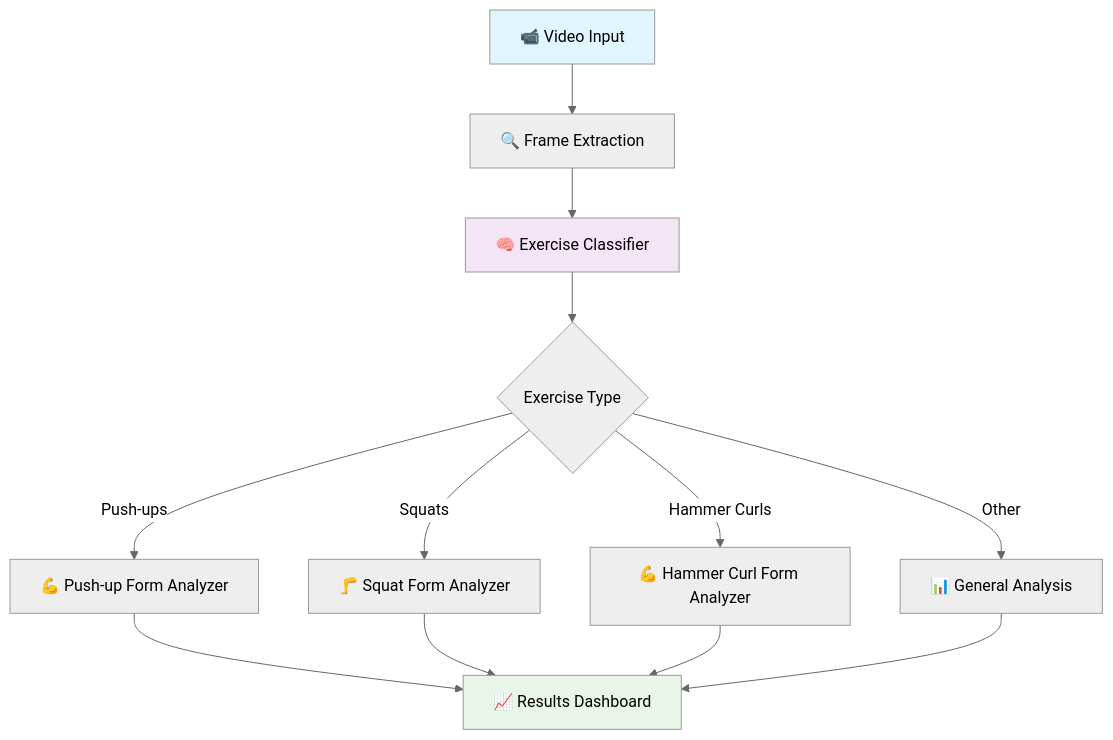
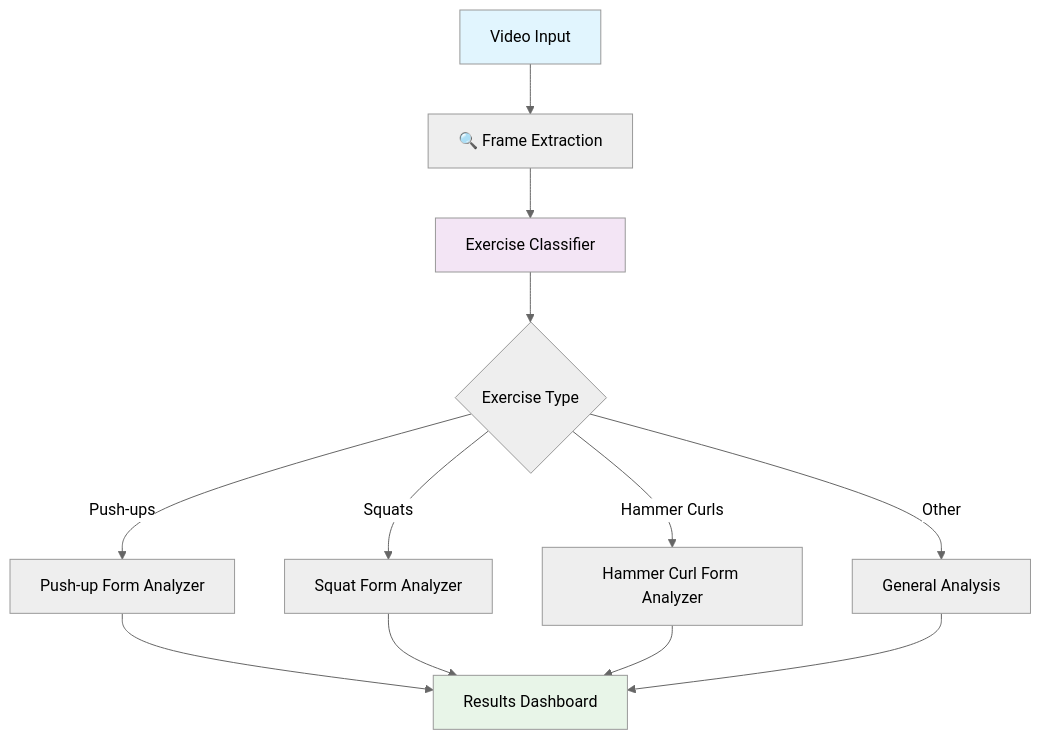
The first of 2 diagrams in README.md (1achraf1/I-COACH), drawn with Mermaid (neutral theme) before and after one commit. The commit also changed other lines of this file, not shown here.

````diff
--- a/README.md
+++ b/README.md
@@ -38,18 +38,18 @@
 ```mermaid
 graph TD
-    A[📹 Video Input] --> B[🔍 Frame Extraction]
-    B --> C[🧠 Exercise Classifier]
+    A[Video Input] --> B[🔍 Frame Extraction]
+    B --> C[Exercise Classifier]
     C --> D{Exercise Type}
-    D -->|Push-ups| E[💪 Push-up Form Analyzer]
-    D -->|Squats| F[🦵 Squat Form Analyzer]
-    D -->|Hammer Curls| G[💪 Hammer Curl Form Analyzer]
-    D -->|Other| H[📊 General Analysis]
-    E --> I[📈 Results Dashboard]
+    D -->|Push-ups| E[Push-up Form Analyzer]
+    D -->|Squats| F[Squat Form Analyzer]
+    D -->|Hammer Curls| G[Hammer Curl Form Analyzer]
+    D -->|Other| H[General Analysis]
+    E --> I[Results Dashboard]
     F --> I
     G --> I
     H --> I
     
     style A fill:#e1f5fe
     style C fill:#f3e5f5
     style I fill:#e8f5e8
 ```
````
